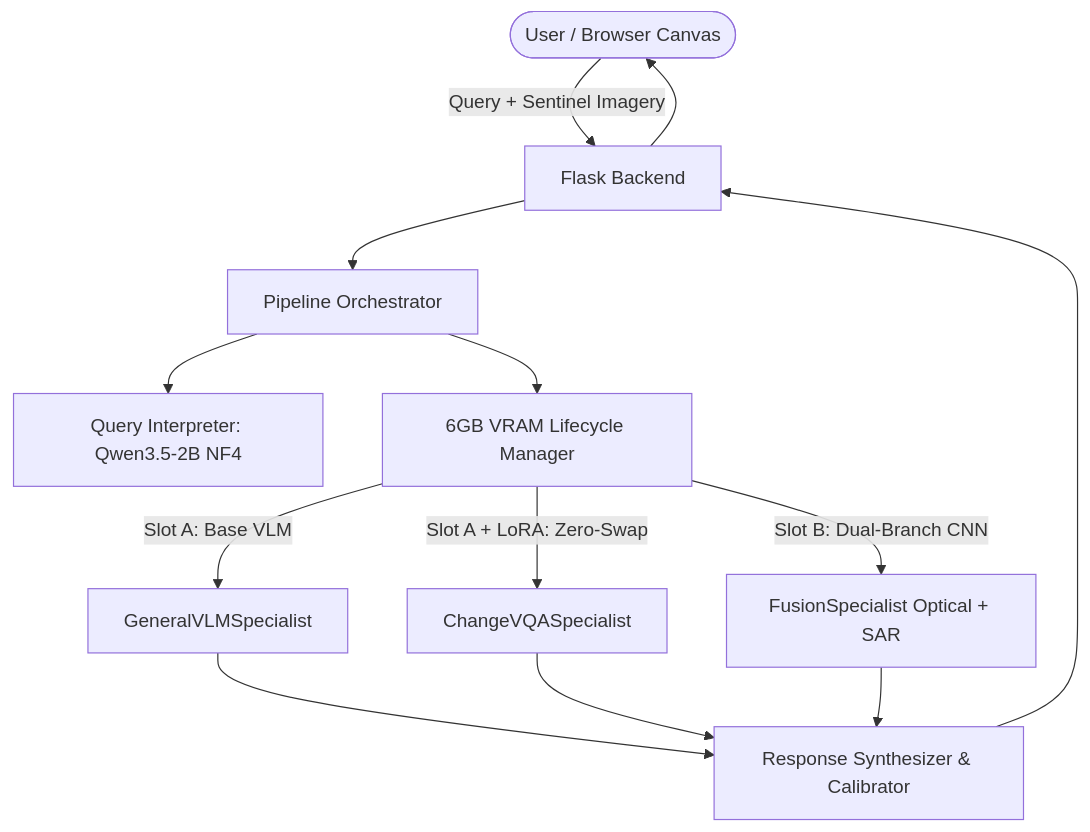
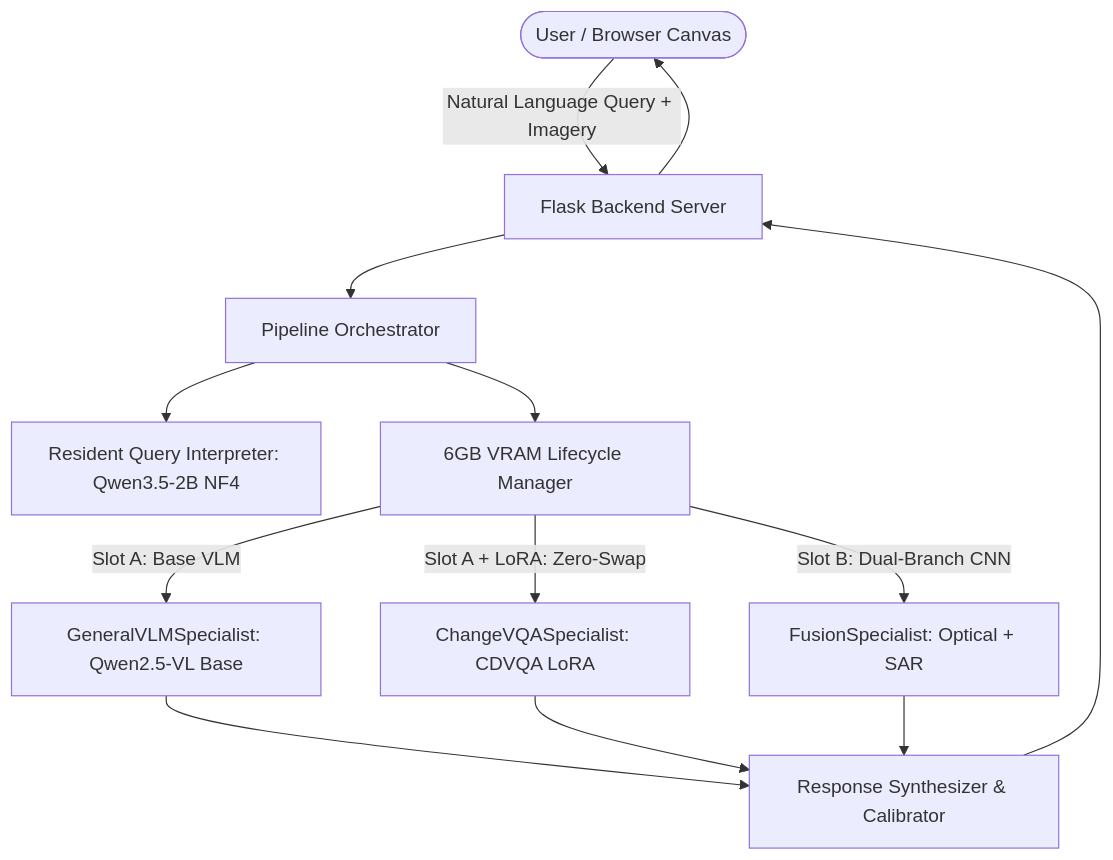
The diagram in README.md (pavitravashishtha/satquery-demo), drawn with Mermaid before and after one commit. The commit also changed other lines of this file, not shown here.

Commit message:
docs: comprehensive technical README with architecture & deployment rationale

````diff
--- a/README.md
+++ b/README.md
@@ -21,15 +59,15 @@
 ```mermaid
 flowchart TD
-    User([User / Browser Canvas]) -->|Query + Sentinel Imagery| API[Flask Backend]
+    User([User / Browser Canvas]) -->|Natural Language Query + Imagery| API[Flask Backend Server]
     API --> Orchestrator[Pipeline Orchestrator]
-    Orchestrator --> Interpreter[Query Interpreter: Qwen3.5-2B NF4]
+    Orchestrator --> Interpreter[Resident Query Interpreter: Qwen3.5-2B NF4]
     Orchestrator --> Lifecycle[6GB VRAM Lifecycle Manager]
-    Lifecycle -->|Slot A: Base VLM| GenVLM[GeneralVLMSpecialist]
-    Lifecycle -->|Slot A + LoRA: Zero-Swap| ChangeVQA[ChangeVQASpecialist]
-    Lifecycle -->|Slot B: Dual-Branch CNN| Fusion[FusionSpecialist Optical + SAR]
+    Lifecycle -->|Slot A: Base VLM| GenVLM[GeneralVLMSpecialist: Qwen2.5-VL Base]
+    Lifecycle -->|Slot A + LoRA: Zero-Swap| ChangeVQA[ChangeVQASpecialist: CDVQA LoRA]
+    Lifecycle -->|Slot B: Dual-Branch CNN| Fusion[FusionSpecialist: Optical + SAR]
     GenVLM --> Synthesizer[Response Synthesizer & Calibrator]
     ChangeVQA --> Synthesizer
     Fusion --> Synthesizer
     Synthesizer --> API
     API --> User
 ```
````
